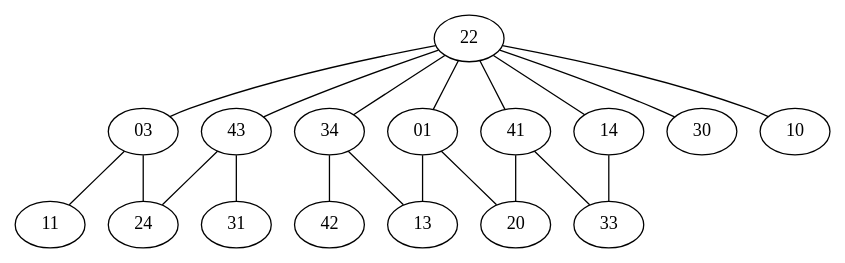
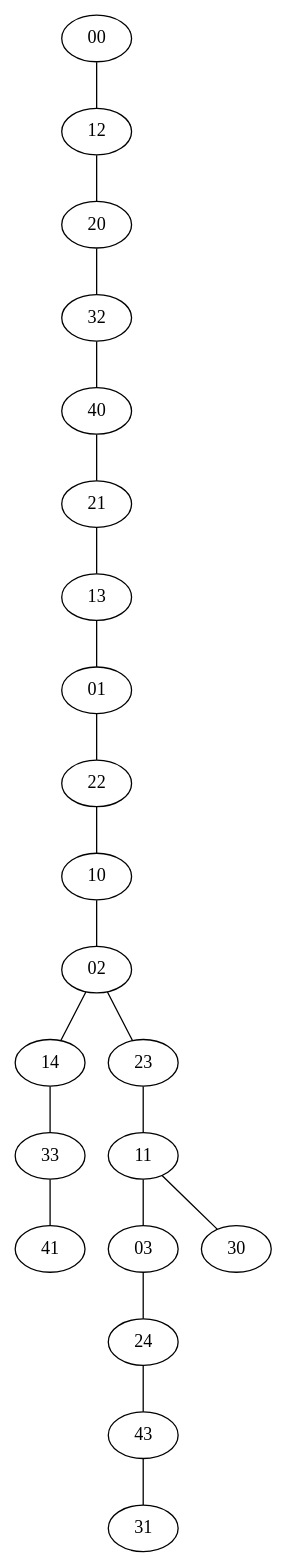
One commit to pedroraad/Trabalho-IA-Grupo-2 changed the diagram in result.dot. Above: the diagram before and after it, drawn with Graphviz. The commit also changed 4 other files, not shown here.

```diff
--- a/result.dot
+++ b/result.dot
@@ -1,22 +1,23 @@
 graph G {
-22--03;
-22--01;
-22--43;
-22--41;
-22--34;
-22--14;
-22--30;
+00--12;
+12--20;
+20--32;
+32--40;
+40--21;
+21--13;
+13--01;
+01--22;
 22--10;
+10--02;
+02--14;
+14--33;
+33--41;
+02--23;
+23--11;
+11--03;
 03--24;
-03--11;
-01--20;
-01--13;
-43--24;
+24--43;
 43--31;
-41--20;
-41--33;
-34--13;
-34--42;
-14--33;
+11--30;
 
 }
```
